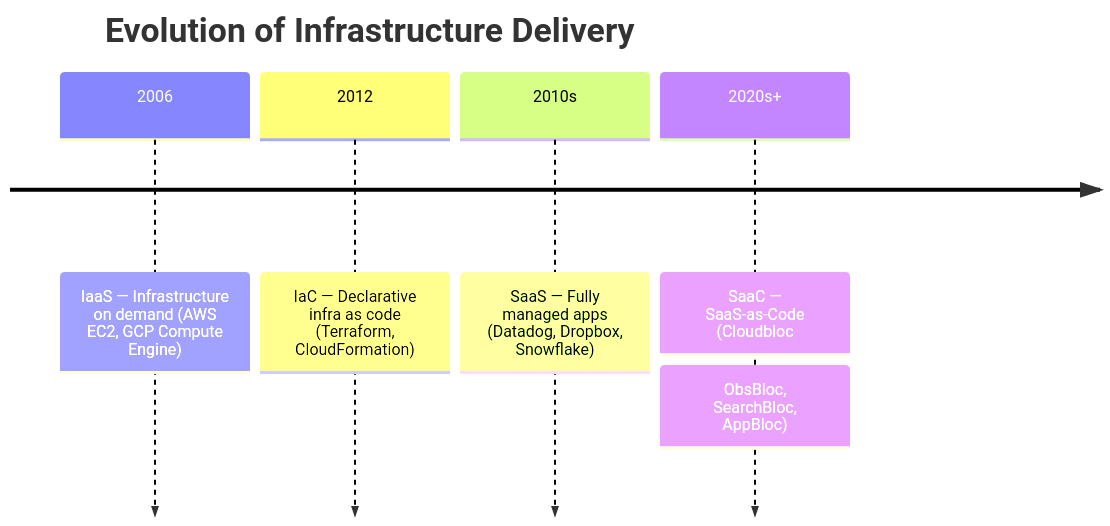
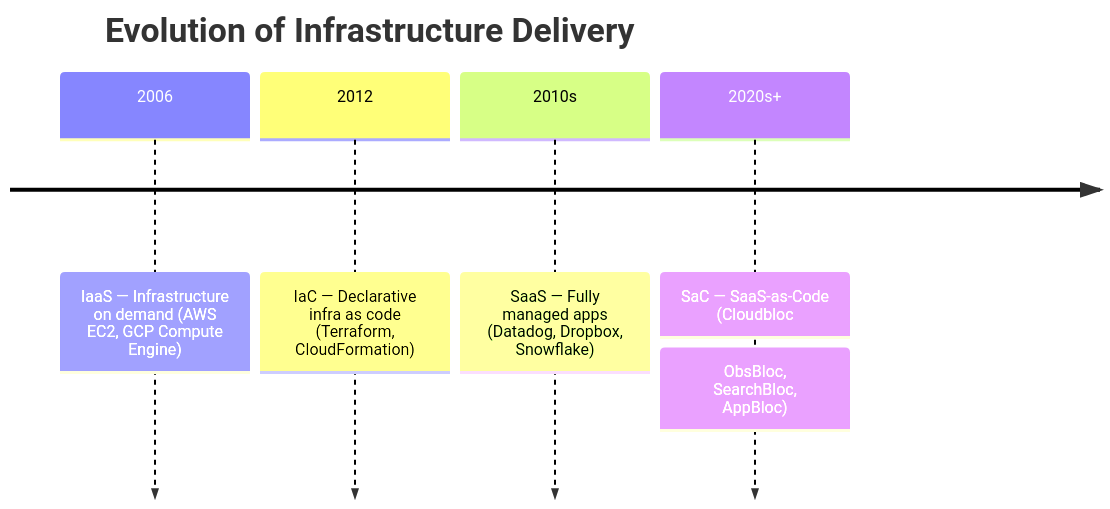
One commit to cloudbloc/cloudbloc changed the diagram in README.md. Above: the diagram before and after it, drawn with Mermaid. The commit also changed other lines of this file, not shown here.

````diff
--- a/README.md
+++ b/README.md
@@ -214,8 +214,8 @@
 ```mermaid
 timeline
     title Evolution of Infrastructure Delivery
     2006 : IaaS — Infrastructure on demand (AWS EC2, GCP Compute Engine)
     2012 : IaC — Declarative infra as code (Terraform, CloudFormation)
     2010s : SaaS — Fully managed apps (Datadog, Dropbox, Snowflake)
-    2020s+ : SaaC — SaaS-as-Code (Cloudbloc: ObsBloc, SearchBloc, AppBloc)
+    2020s+ : SaC — SaaS-as-Code (Cloudbloc: ObsBloc, SearchBloc, AppBloc)
 ```
````
